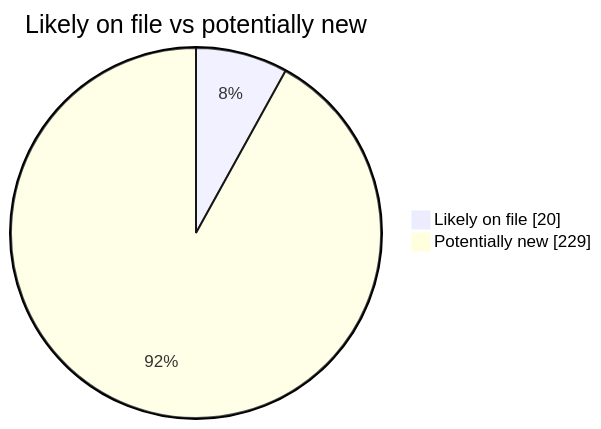
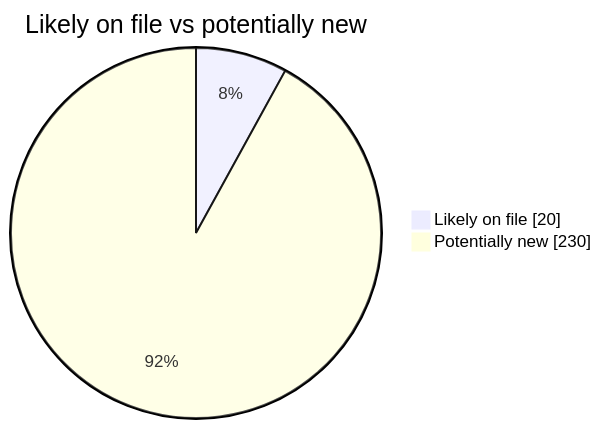
The second of 4 diagrams in README.md (martinbalfanz/social-scanner-reports), drawn with Mermaid before and after one commit. The commit also changed other lines of this file and 2 other files, not shown here.

````diff
--- a/README.md
+++ b/README.md
@@ -40,5 +40,5 @@
 ```mermaid
 pie showData title Likely on file vs potentially new
     "Likely on file" : 20
-    "Potentially new" : 229
+    "Potentially new" : 230
 ```
````
